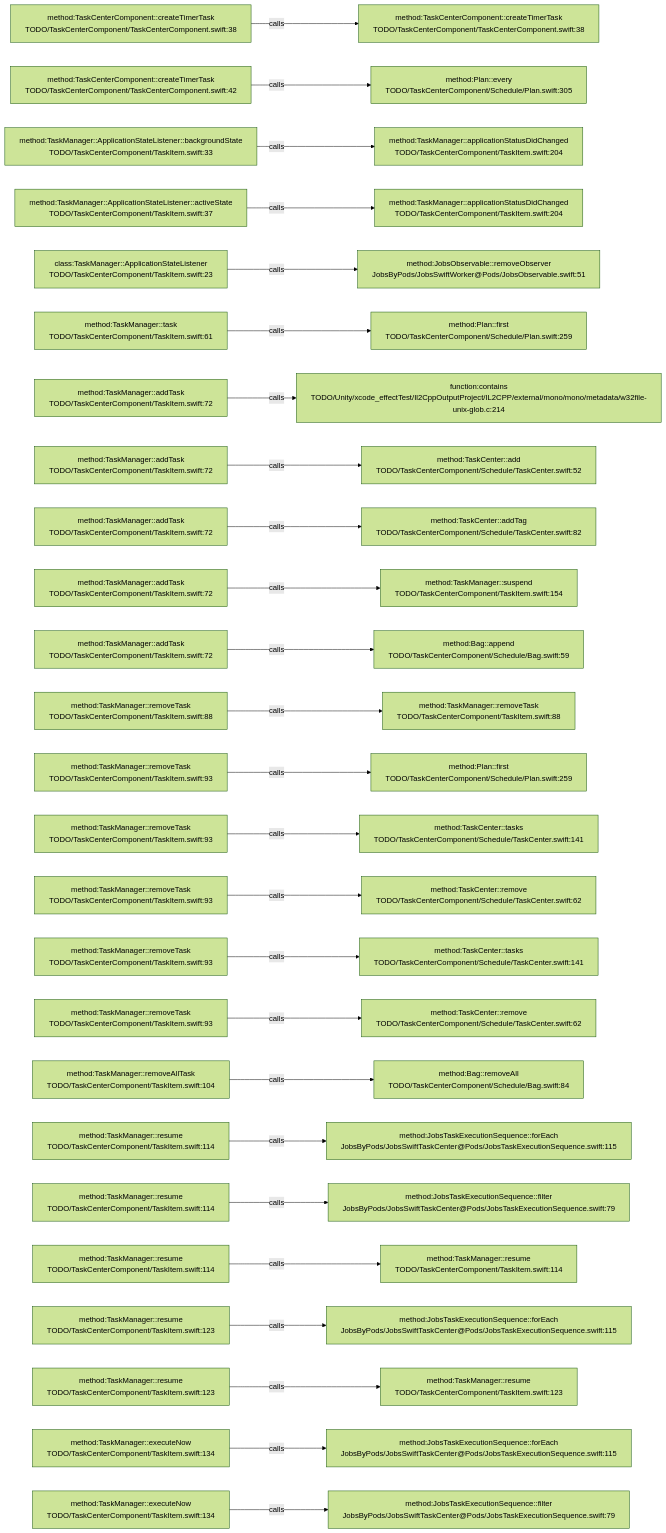
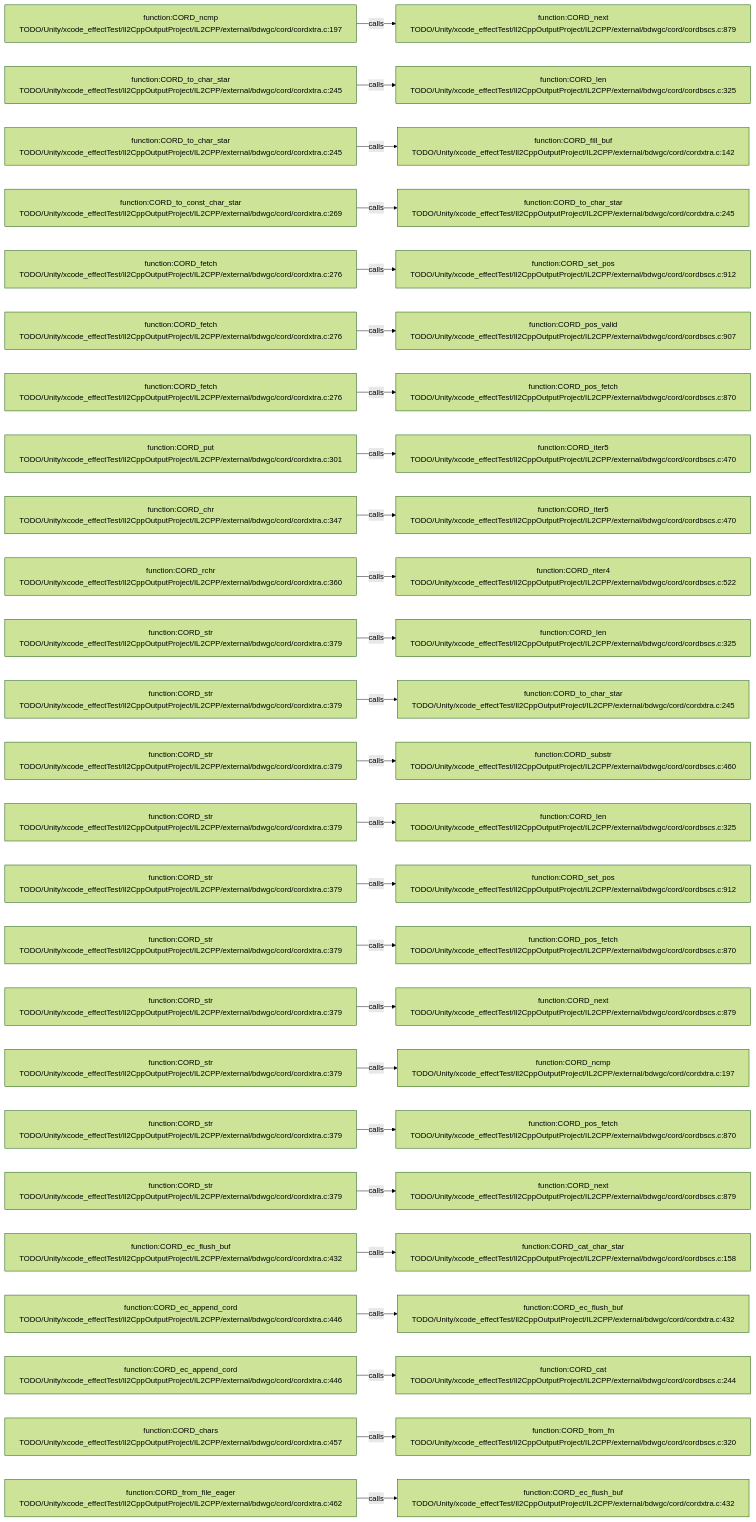
One commit to JobsKits/JobsSwiftBaseConfigDemo changed the diagram in .codegraph/codegraph.md/graphs/calls-088.md. Above: the diagram before and after it, drawn with Mermaid (forest theme). The commit also changed 227 other files, not shown here.

````diff
--- a/.codegraph/codegraph.md/graphs/calls-088.md
+++ b/.codegraph/codegraph.md/graphs/calls-088.md
@@ -13,78 +13,78 @@
 ```mermaid
 flowchart LR
-  S1["method:TaskCenterComponent::createTimerTask<br/>TODO/TaskCenterComponent/TaskCenterComponent.swift:38"]
-  T1["method:TaskCenterComponent::createTimerTask<br/>TODO/TaskCenterComponent/TaskCenterComponent.swift:38"]
+  S1["function:CORD_ncmp<br/>TODO/Unity/xcode_effectTest/Il2CppOutputProject/IL2CPP/external/bdwgc/cord/cordxtra.c:197"]
+  T1["function:CORD_next<br/>TODO/Unity/xcode_effectTest/Il2CppOutputProject/IL2CPP/external/bdwgc/cord/cordbscs.c:879"]
   S1 -->|calls| T1
-  S2["method:TaskCenterComponent::createTimerTask<br/>TODO/TaskCenterComponent/TaskCenterComponent.swift:42"]
-  T2["method:Plan::every<br/>TODO/TaskCenterComponent/Schedule/Plan.swift:305"]
+  S2["function:CORD_to_char_star<br/>TODO/Unity/xcode_effectTest/Il2CppOutputProject/IL2CPP/external/bdwgc/cord/cordxtra.c:245"]
+  T2["function:CORD_len<br/>TODO/Unity/xcode_effectTest/Il2CppOutputProject/IL2CPP/external/bdwgc/cord/cordbscs.c:325"]
   S2 -->|calls| T2
-  S3["method:TaskManager::ApplicationStateListener::backgroundState<br/>TODO/TaskCenterComponent/TaskItem.swift:33"]
-  T3["method:TaskManager::applicationStatusDidChanged<br/>TODO/TaskCenterComponent/TaskItem.swift:204"]
+  S3["function:CORD_to_char_star<br/>TODO/Unity/xcode_effectTest/Il2CppOutputProject/IL2CPP/external/bdwgc/cord/cordxtra.c:245"]
+  T3["function:CORD_fill_buf<br/>TODO/Unity/xcode_effectTest/Il2CppOutputProject/IL2CPP/external/bdwgc/cord/cordxtra.c:142"]
   S3 -->|calls| T3
-  S4["method:TaskManager::ApplicationStateListener::activeState<br/>TODO/TaskCenterComponent/TaskItem.swift:37"]
-  T4["method:TaskManager::applicationStatusDidChanged<br/>TODO/TaskCenterComponent/TaskItem.swift:204"]
+  S4["function:CORD_to_const_char_star<br/>TODO/Unity/xcode_effectTest/Il2CppOutputProject/IL2CPP/external/bdwgc/cord/cordxtra.c:269"]
+  T4["function:CORD_to_char_star<br/>TODO/Unity/xcode_effectTest/Il2CppOutputProject/IL2CPP/external/bdwgc/cord/cordxtra.c:245"]
   S4 -->|calls| T4
-  S5["class:TaskManager::ApplicationStateListener<br/>TODO/TaskCenterComponent/TaskItem.swift:23"]
-  T5["method:JobsObservable::removeObserver<br/>JobsByPods/JobsSwiftWorker@Pods/JobsObservable.swift:51"]
+  S5["function:CORD_fetch<br/>TODO/Unity/xcode_effectTest/Il2CppOutputProject/IL2CPP/external/bdwgc/cord/cordxtra.c:276"]
+  T5["function:CORD_set_pos<br/>TODO/Unity/xcode_effectTest/Il2CppOutputProject/IL2CPP/external/bdwgc/cord/cordbscs.c:912"]
   S5 -->|calls| T5
-  S6["method:TaskManager::task<br/>TODO/TaskCenterComponent/TaskItem.swift:61"]
-  T6["method:Plan::first<br/>TODO/TaskCenterComponent/Schedule/Plan.swift:259"]
+  S6["function:CORD_fetch<br/>TODO/Unity/xcode_effectTest/Il2CppOutputProject/IL2CPP/external/bdwgc/cord/cordxtra.c:276"]
+  T6["function:CORD_pos_valid<br/>TODO/Unity/xcode_effectTest/Il2CppOutputProject/IL2CPP/external/bdwgc/cord/cordbscs.c:907"]
   S6 -->|calls| T6
-  S7["method:TaskManager::addTask<br/>TODO/TaskCenterComponent/TaskItem.swift:72"]
-  T7["function:contains<br/>TODO/Unity/xcode_effectTest/Il2CppOutputProject/IL2CPP/external/mono/mono/metadata/w32file-unix-glob.c:214"]
+  S7["function:CORD_fetch<br/>TODO/Unity/xcode_effectTest/Il2CppOutputProject/IL2CPP/external/bdwgc/cord/cordxtra.c:276"]
+  T7["function:CORD_pos_fetch<br/>TODO/Unity/xcode_effectTest/Il2CppOutputProject/IL2CPP/external/bdwgc/cord/cordbscs.c:870"]
   S7 -->|calls| T7
-  S8["method:TaskManager::addTask<br/>TODO/TaskCenterComponent/TaskItem.swift:72"]
-  T8["method:TaskCenter::add<br/>TODO/TaskCenterComponent/Schedule/TaskCenter.swift:52"]
+  S8["function:CORD_put<br/>TODO/Unity/xcode_effectTest/Il2CppOutputProject/IL2CPP/external/bdwgc/cord/cordxtra.c:301"]
+  T8["function:CORD_iter5<br/>TODO/Unity/xcode_effectTest/Il2CppOutputProject/IL2CPP/external/bdwgc/cord/cordbscs.c:470"]
   S8 -->|calls| T8
-  S9["method:TaskManager::addTask<br/>TODO/TaskCenterComponent/TaskItem.swift:72"]
-  T9["method:TaskCenter::addTag<br/>TODO/TaskCenterComponent/Schedule/TaskCenter.swift:82"]
+  S9["function:CORD_chr<br/>TODO/Unity/xcode_effectTest/Il2CppOutputProject/IL2CPP/external/bdwgc/cord/cordxtra.c:347"]
+  T9["function:CORD_iter5<br/>TODO/Unity/xcode_effectTest/Il2CppOutputProject/IL2CPP/external/bdwgc/cord/cordbscs.c:470"]
   S9 -->|calls| T9
-  S10["method:TaskManager::addTask<br/>TODO/TaskCenterComponent/TaskItem.swift:72"]
-  T10["method:TaskManager::suspend<br/>TODO/TaskCenterComponent/TaskItem.swift:154"]
+  S10["function:CORD_rchr<br/>TODO/Unity/xcode_effectTest/Il2CppOutputProject/IL2CPP/external/bdwgc/cord/cordxtra.c:360"]
+  T10["function:CORD_riter4<br/>TODO/Unity/xcode_effectTest/Il2CppOutputProject/IL2CPP/external/bdwgc/cord/cordbscs.c:522"]
   S10 -->|calls| T10
-  S11["method:TaskManager::addTask<br/>TODO/TaskCenterComponent/TaskItem.swift:72"]
-  T11["method:Bag::append<br/>TODO/TaskCenterComponent/Schedule/Bag.swift:59"]
+  S11["function:CORD_str<br/>TODO/Unity/xcode_effectTest/Il2CppOutputProject/IL2CPP/external/bdwgc/cord/cordxtra.c:379"]
+  T11["function:CORD_len<br/>TODO/Unity/xcode_effectTest/Il2CppOutputProject/IL2CPP/external/bdwgc/cord/cordbscs.c:325"]
   S11 -->|calls| T11
-  S12["method:TaskManager::removeTask<br/>TODO/TaskCenterComponent/TaskItem.swift:88"]
-  T12["method:TaskManager::removeTask<br/>TODO/TaskCenterComponent/TaskItem.swift:88"]
+  S12["function:CORD_str<br/>TODO/Unity/xcode_effectTest/Il2CppOutputProject/IL2CPP/external/bdwgc/cord/cordxtra.c:379"]
+  T12["function:CORD_to_char_star<br/>TODO/Unity/xcode_effectTest/Il2CppOutputProject/IL2CPP/external/bdwgc/cord/cordxtra.c:245"]
   S12 -->|calls| T12
-  S13["method:TaskManager::removeTask<br/>TODO/TaskCenterComponent/TaskItem.swift:93"]
-  T13["method:Plan::first<br/>TODO/TaskCenterComponent/Schedule/Plan.swift:259"]
+  S13["function:CORD_str<br/>TODO/Unity/xcode_effectTest/Il2CppOutputProject/IL2CPP/external/bdwgc/cord/cordxtra.c:379"]
+  T13["function:CORD_substr<br/>TODO/Unity/xcode_effectTest/Il2CppOutputProject/IL2CPP/external/bdwgc/cord/cordbscs.c:460"]
   S13 -->|calls| T13
-  S14["method:TaskManager::removeTask<br/>TODO/TaskCenterComponent/TaskItem.swift:93"]
-  T14["method:TaskCenter::tasks<br/>TODO/TaskCenterComponent/Schedule/TaskCenter.swift:141"]
+  S14["function:CORD_str<br/>TODO/Unity/xcode_effectTest/Il2CppOutputProject/IL2CPP/external/bdwgc/cord/cordxtra.c:379"]
+  T14["function:CORD_len<br/>TODO/Unity/xcode_effectTest/Il2CppOutputProject/IL2CPP/external/bdwgc/cord/cordbscs.c:325"]
   S14 -->|calls| T14
-  S15["method:TaskManager::removeTask<br/>TODO/TaskCenterComponent/TaskItem.swift:93"]
-  T15["method:TaskCenter::remove<br/>TODO/TaskCenterComponent/Schedule/TaskCenter.swift:62"]
+  S15["function:CORD_str<br/>TODO/Unity/xcode_effectTest/Il2CppOutputProject/IL2CPP/external/bdwgc/cord/cordxtra.c:379"]
+  T15["function:CORD_set_pos<br/>TODO/Unity/xcode_effectTest/Il2CppOutputProject/IL2CPP/external/bdwgc/cord/cordbscs.c:912"]
   S15 -->|calls| T15
-  S16["method:TaskManager::removeTask<br/>TODO/TaskCenterComponent/TaskItem.swift:93"]
-  T16["method:TaskCenter::tasks<br/>TODO/TaskCenterComponent/Schedule/TaskCenter.swift:141"]
+  S16["function:CORD_str<br/>TODO/Unity/xcode_effectTest/Il2CppOutputProject/IL2CPP/external/bdwgc/cord/cordxtra.c:379"]
+  T16["function:CORD_pos_fetch<br/>TODO/Unity/xcode_effectTest/Il2CppOutputProject/IL2CPP/external/bdwgc/cord/cordbscs.c:870"]
   S16 -->|calls| T16
-  S17["method:TaskManager::removeTask<br/>TODO/TaskCenterComponent/TaskItem.swift:93"]
-  T17["method:TaskCenter::remove<br/>TODO/TaskCenterComponent/Schedule/TaskCenter.swift:62"]
+  S17["function:CORD_str<br/>TODO/Unity/xcode_effectTest/Il2CppOutputProject/IL2CPP/external/bdwgc/cord/cordxtra.c:379"]
+  T17["function:CORD_next<br/>TODO/Unity/xcode_effectTest/Il2CppOutputProject/IL2CPP/external/bdwgc/cord/cordbscs.c:879"]
   S17 -->|calls| T17
-  S18["method:TaskManager::removeAllTask<br/>TODO/TaskCenterComponent/TaskItem.swift:104"]
-  T18["method:Bag::removeAll<br/>TODO/TaskCenterComponent/Schedule/Bag.swift:84"]
+  S18["function:CORD_str<br/>TODO/Unity/xcode_effectTest/Il2CppOutputProject/IL2CPP/external/bdwgc/cord/cordxtra.c:379"]
+  T18["function:CORD_ncmp<br/>TODO/Unity/xcode_effectTest/Il2CppOutputProject/IL2CPP/external/bdwgc/cord/cordxtra.c:197"]
   S18 -->|calls| T18
-  S19["method:TaskManager::resume<br/>TODO/TaskCenterComponent/TaskItem.swift:114"]
-  T19["method:JobsTaskExecutionSequence::forEach<br/>JobsByPods/JobsSwiftTaskCenter@Pods/JobsTaskExecutionSequence.swift:115"]
+  S19["function:CORD_str<br/>TODO/Unity/xcode_effectTest/Il2CppOutputProject/IL2CPP/external/bdwgc/cord/cordxtra.c:379"]
+  T19["function:CORD_pos_fetch<br/>TODO/Unity/xcode_effectTest/Il2CppOutputProject/IL2CPP/external/bdwgc/cord/cordbscs.c:870"]
   S19 -->|calls| T19
-  S20["method:TaskManager::resume<br/>TODO/TaskCenterComponent/TaskItem.swift:114"]
-  T20["method:JobsTaskExecutionSequence::filter<br/>JobsByPods/JobsSwiftTaskCenter@Pods/JobsTaskExecutionSequence.swift:79"]
+  S20["function:CORD_str<br/>TODO/Unity/xcode_effectTest/Il2CppOutputProject/IL2CPP/external/bdwgc/cord/cordxtra.c:379"]
+  T20["function:CORD_next<br/>TODO/Unity/xcode_effectTest/Il2CppOutputProject/IL2CPP/external/bdwgc/cord/cordbscs.c:879"]
   S20 -->|calls| T20
-  S21["method:TaskManager::resume<br/>TODO/TaskCenterComponent/TaskItem.swift:114"]
-  T21["method:TaskManager::resume<br/>TODO/TaskCenterComponent/TaskItem.swift:114"]
+  S21["function:CORD_ec_flush_buf<br/>TODO/Unity/xcode_effectTest/Il2CppOutputProject/IL2CPP/external/bdwgc/cord/cordxtra.c:432"]
+  T21["function:CORD_cat_char_star<br/>TODO/Unity/xcode_effectTest/Il2CppOutputProject/IL2CPP/external/bdwgc/cord/cordbscs.c:158"]
   S21 -->|calls| T21
-  S22["method:TaskManager::resume<br/>TODO/TaskCenterComponent/TaskItem.swift:123"]
-  T22["method:JobsTaskExecutionSequence::forEach<br/>JobsByPods/JobsSwiftTaskCenter@Pods/JobsTaskExecutionSequence.swift:115"]
+  S22["function:CORD_ec_append_cord<br/>TODO/Unity/xcode_effectTest/Il2CppOutputProject/IL2CPP/external/bdwgc/cord/cordxtra.c:446"]
+  T22["function:CORD_ec_flush_buf<br/>TODO/Unity/xcode_effectTest/Il2CppOutputProject/IL2CPP/external/bdwgc/cord/cordxtra.c:432"]
   S22 -->|calls| T22
-  S23["method:TaskManager::resume<br/>TODO/TaskCenterComponent/TaskItem.swift:123"]
-  T23["method:TaskManager::resume<br/>TODO/TaskCenterComponent/TaskItem.swift:123"]
+  S23["function:CORD_ec_append_cord<br/>TODO/Unity/xcode_effectTest/Il2CppOutputProject/IL2CPP/external/bdwgc/cord/cordxtra.c:446"]
+  T23["function:CORD_cat<br/>TODO/Unity/xcode_effectTest/Il2CppOutputProject/IL2CPP/external/bdwgc/cord/cordbscs.c:244"]
   S23 -->|calls| T23
-  S24["method:TaskManager::executeNow<br/>TODO/TaskCenterComponent/TaskItem.swift:134"]
-  T24["method:JobsTaskExecutionSequence::forEach<br/>JobsByPods/JobsSwiftTaskCenter@Pods/JobsTaskExecutionSequence.swift:115"]
+  S24["function:CORD_chars<br/>TODO/Unity/xcode_effectTest/Il2CppOutputProject/IL2CPP/external/bdwgc/cord/cordxtra.c:457"]
+  T24["function:CORD_from_fn<br/>TODO/Unity/xcode_effectTest/Il2CppOutputProject/IL2CPP/external/bdwgc/cord/cordbscs.c:320"]
   S24 -->|calls| T24
-  S25["method:TaskManager::executeNow<br/>TODO/TaskCenterComponent/TaskItem.swift:134"]
-  T25["method:JobsTaskExecutionSequence::filter<br/>JobsByPods/JobsSwiftTaskCenter@Pods/JobsTaskExecutionSequence.swift:79"]
+  S25["function:CORD_from_file_eager<br/>TODO/Unity/xcode_effectTest/Il2CppOutputProject/IL2CPP/external/bdwgc/cord/cordxtra.c:462"]
+  T25["function:CORD_ec_flush_buf<br/>TODO/Unity/xcode_effectTest/Il2CppOutputProject/IL2CPP/external/bdwgc/cord/cordxtra.c:432"]
   S25 -->|calls| T25
 ```
````
